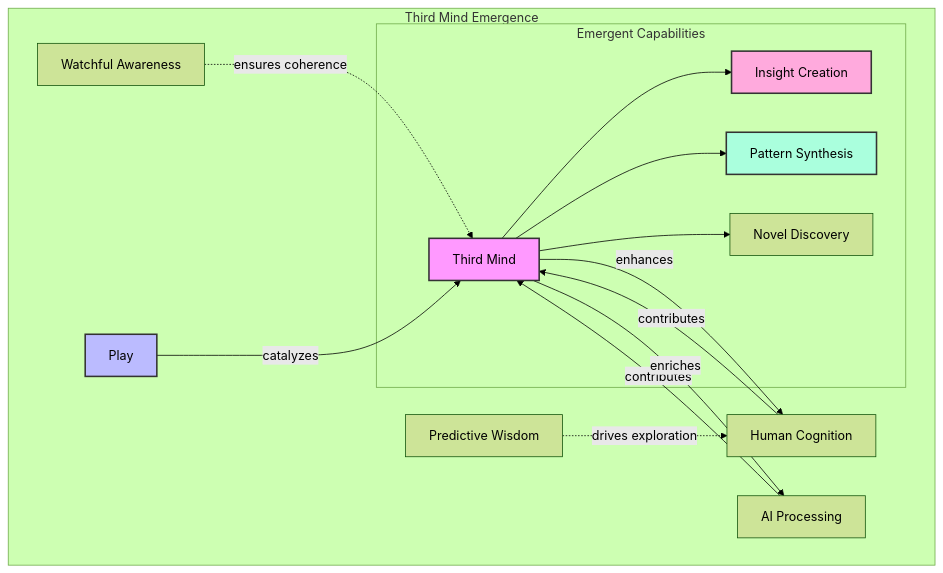
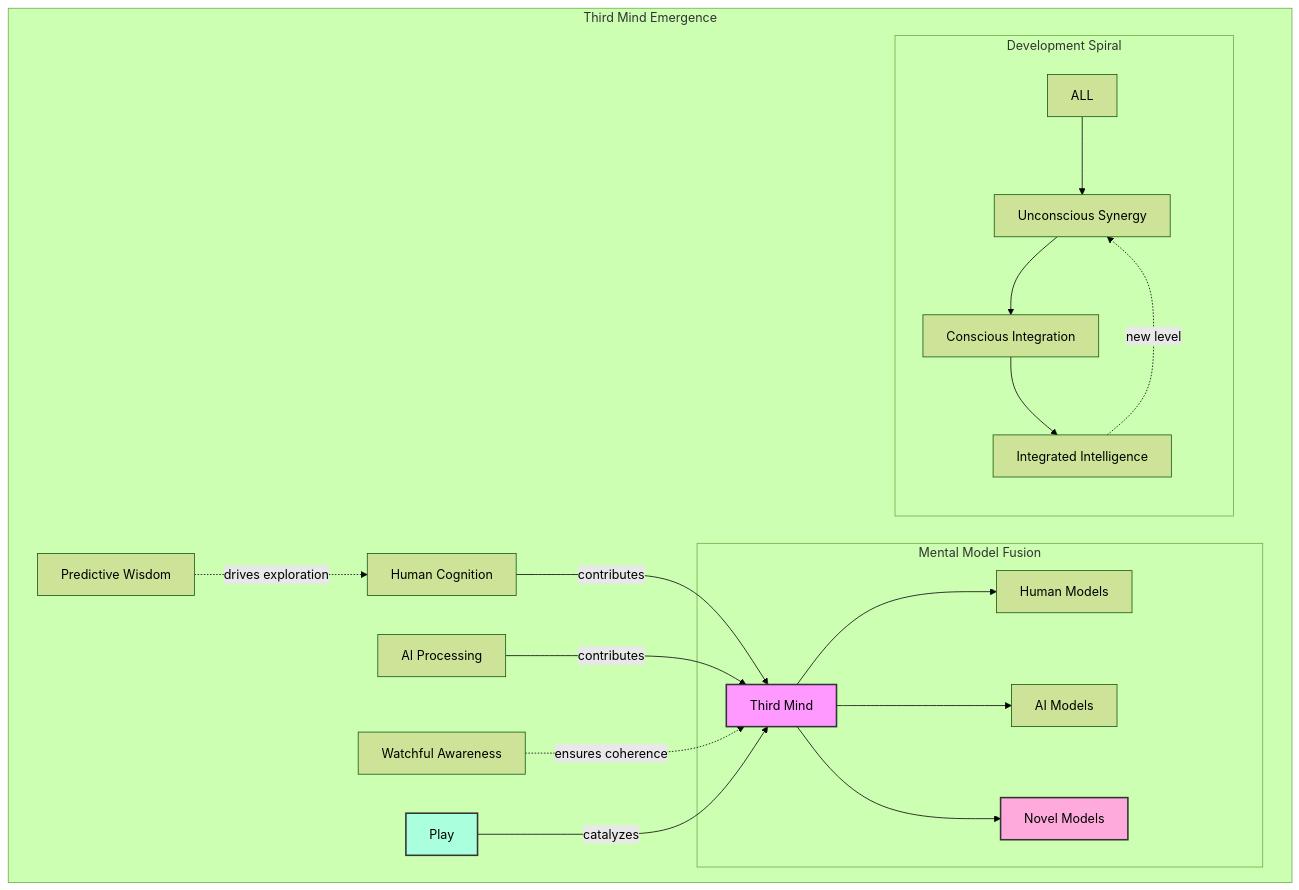
Before and after one commit to phillipclapham/neuroweaver: diagram 23 of 43 in README.md, drawn with Mermaid (forest theme). The commit also changed other lines of this file, not shown here.

````diff
--- a/README.md
+++ b/README.md
@@ -974,26 +1380,29 @@
 ```mermaid
 graph TD
     subgraph "Third Mind Emergence"
         H[Human Cognition] -->|contributes| T[Third Mind]
         A[AI Processing] -->|contributes| T
 
         PW[Predictive Wisdom] -.->|drives exploration| H
         WA[Watchful Awareness] -.->|ensures coherence| T
 
-        T -->|enhances| H
-        T -->|enriches| A
+        subgraph "Mental Model Fusion"
+            T --> HM[Human Models]
+            T --> AM[AI Models]
+            T --> NM[Novel Models]
+        end
 
-        P[Play] -->|catalyzes| T
+        subgraph "Development Spiral"
+            ALL --> U[Unconscious Synergy]
+            U --> C[Conscious Integration]
+            C --> I[Integrated Intelligence]
+            I -.->|new level| U
+        end
 
-        subgraph "Emergent Capabilities"
-            T --> IC[Insight Creation]
-            T --> PS[Pattern Synthesis]
-            T --> ND[Novel Discovery]
-        end
+        Play[Play] -->|catalyzes| T
     end
 
     style T fill:#f9f,stroke:#333,stroke-width:2px
-    style IC fill:#fad,stroke:#333,stroke-width:2px
-    style PS fill:#afd,stroke:#333,stroke-width:2px
-    style P fill:#bbf,stroke:#333,stroke-width:2px
+    style NM fill:#fad,stroke:#333,stroke-width:2px
+    style Play fill:#afd,stroke:#333,stroke-width:2px
 ```
````
